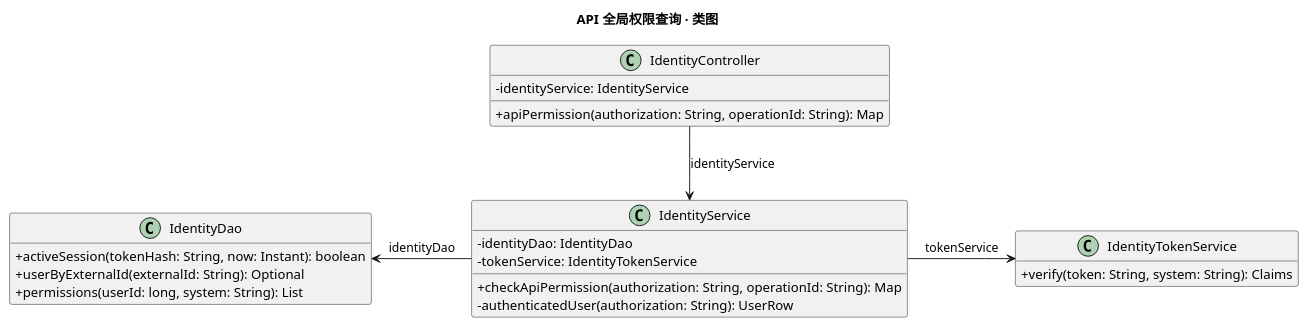
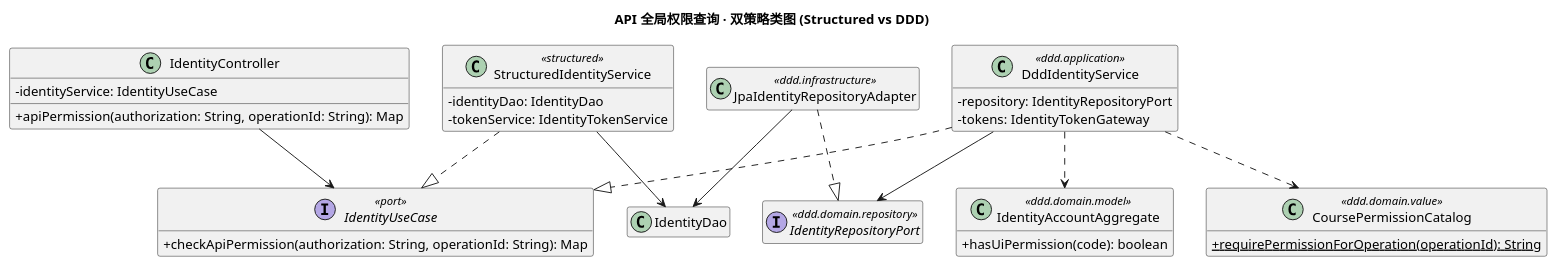
Before and after one commit to IKEA-v/MelonHub: the diagram in doc/uml/api-permission-class.puml, drawn with PlantUML. The commit also changed 129 other files, not shown here.

First line of the commit message:
refactor(backend): separate strict structured and DDD backend strategies

```diff
--- a/doc/uml/api-permission-class.puml
+++ b/doc/uml/api-permission-class.puml
@@ -1,27 +1,40 @@
 @startuml
-title API 全局权限查询 · 类图
+title API 全局权限查询 · 双策略类图 (Structured vs DDD)
 skinparam classAttributeIconSize 0
 skinparam shadowing false
 hide empty members
 class IdentityController {
-  - identityService: IdentityService
+  - identityService: IdentityUseCase
   + apiPermission(authorization: String, operationId: String): Map
 }
-class IdentityService {
+interface IdentityUseCase <<port>> {
+  + checkApiPermission(authorization: String, operationId: String): Map
+}
+class StructuredIdentityService <<structured>> {
   - identityDao: IdentityDao
   - tokenService: IdentityTokenService
-  + checkApiPermission(authorization: String, operationId: String): Map
-  - authenticatedUser(authorization: String): UserRow
 }
-class IdentityDao {
-  + activeSession(tokenHash: String, now: Instant): boolean
-  + userByExternalId(externalId: String): Optional
-  + permissions(userId: long, system: String): List
+class DddIdentityService <<ddd.application>> {
+  - repository: IdentityRepositoryPort
+  - tokens: IdentityTokenGateway
 }
-class IdentityTokenService {
-  + verify(token: String, system: String): Claims
+class CoursePermissionCatalog <<ddd.domain.value>> {
+  + {static} requirePermissionForOperation(operationId): String
 }
-IdentityController -down-> IdentityService : identityService
-IdentityService -left-> IdentityDao : identityDao
-IdentityService -right-> IdentityTokenService : tokenService
+class IdentityAccountAggregate <<ddd.domain.model>> {
+  + hasUiPermission(code): boolean
+}
+interface IdentityRepositoryPort <<ddd.domain.repository>>
+class JpaIdentityRepositoryAdapter <<ddd.infrastructure>>
+class IdentityDao
+
+IdentityController --> IdentityUseCase
+StructuredIdentityService ..|> IdentityUseCase
+DddIdentityService ..|> IdentityUseCase
+StructuredIdentityService --> IdentityDao
+DddIdentityService ..> CoursePermissionCatalog
+DddIdentityService ..> IdentityAccountAggregate
+DddIdentityService --> IdentityRepositoryPort
+JpaIdentityRepositoryAdapter ..|> IdentityRepositoryPort
+JpaIdentityRepositoryAdapter --> IdentityDao
 @enduml
```
